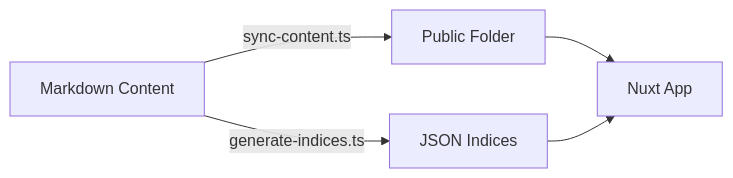
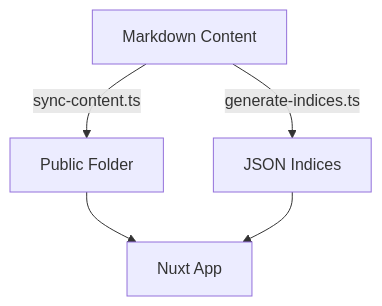
The diagram in docs/architecture.md (life-and-dev/md-site), drawn with Mermaid before and after one commit. The commit also changed 4 other files, not shown here.

Commit message:
Add mermaid diagram support.

````diff
--- a/docs/architecture.md
+++ b/docs/architecture.md
@@ -21,7 +21,7 @@
 ```mermaid
-graph LR
+graph TB
     A[Markdown Content] -->|sync-content.ts| B[Public Folder]
     A -->|generate-indices.ts| C[JSON Indices]
     B --> D[Nuxt App]
     C --> D
 ```
````
